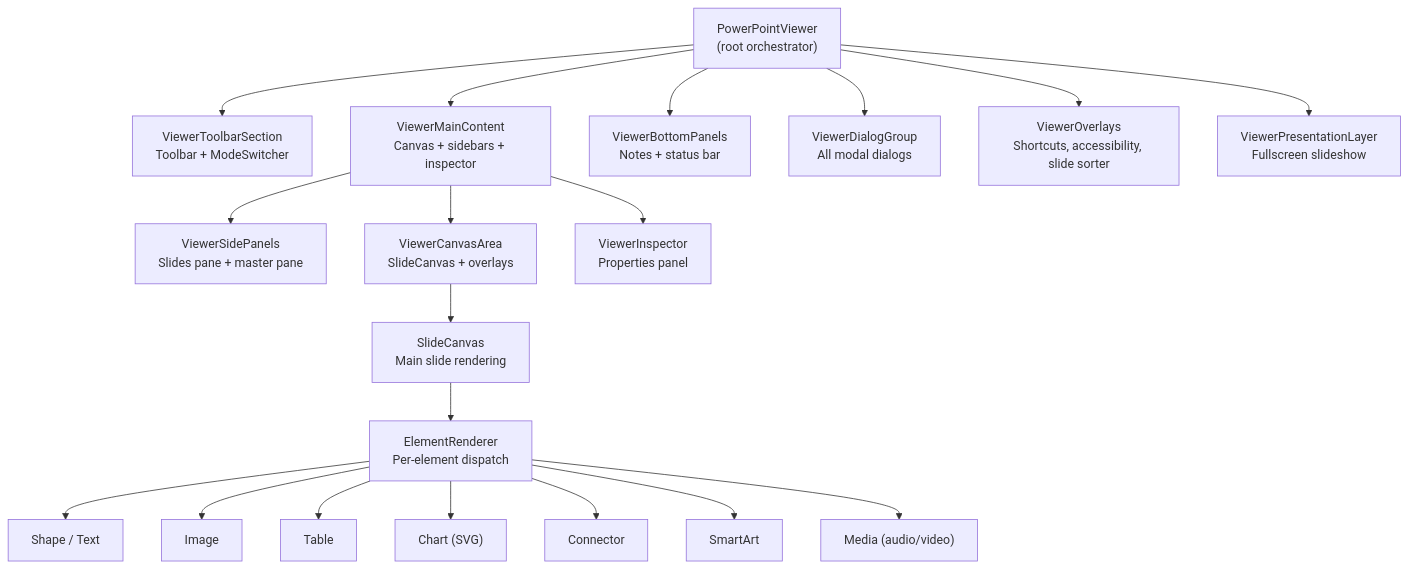
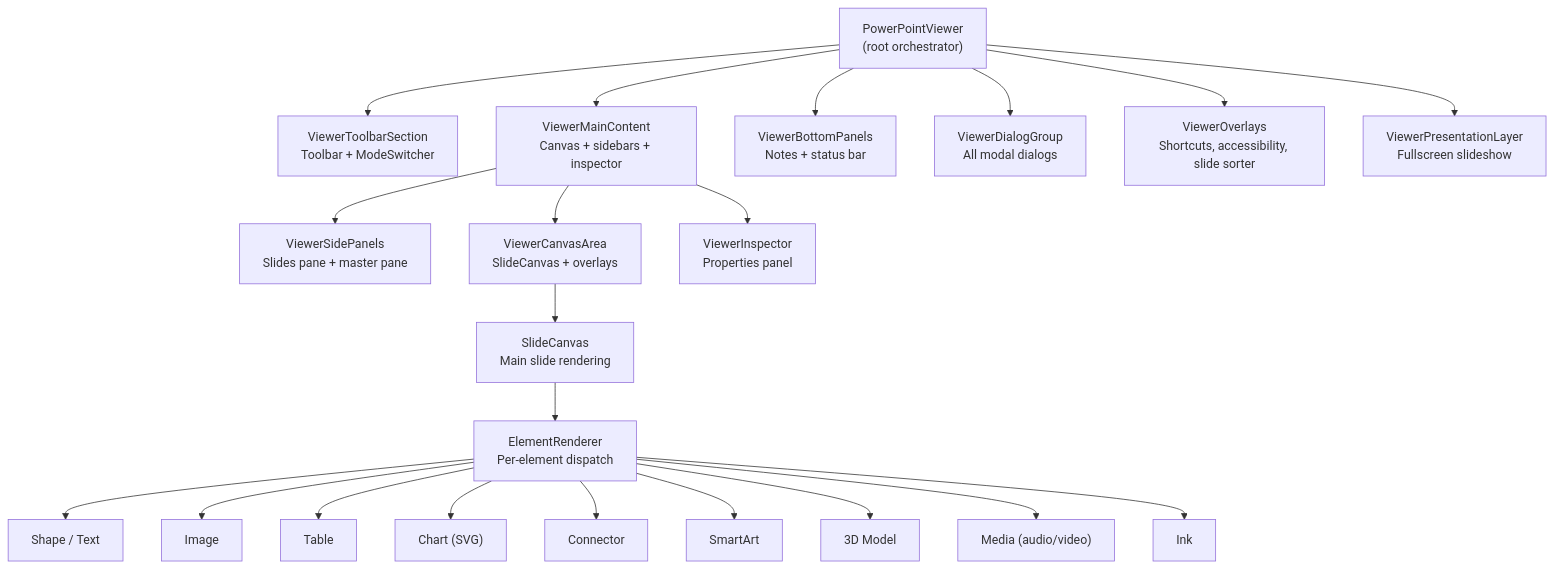
One commit to ChristopherVR/pptx-viewer changed the first of 8 diagrams in packages/react/README.md. Above: the diagram before and after it, drawn with Mermaid. The commit also changed other lines of this file and 21 other files, not shown here.

````diff
--- a/packages/react/README.md
+++ b/packages/react/README.md
@@ -293,25 +299,27 @@
 ```mermaid
 flowchart TB
     PPV["PowerPointViewer<br/>(root orchestrator)"]
 
     PPV --> VTS["ViewerToolbarSection<br/>Toolbar + ModeSwitcher"]
     PPV --> VMC["ViewerMainContent<br/>Canvas + sidebars + inspector"]
     PPV --> VBP["ViewerBottomPanels<br/>Notes + status bar"]
     PPV --> VDG["ViewerDialogGroup<br/>All modal dialogs"]
     PPV --> VO["ViewerOverlays<br/>Shortcuts, accessibility, slide sorter"]
     PPV --> VPL["ViewerPresentationLayer<br/>Fullscreen slideshow"]
 
     VMC --> VSP["ViewerSidePanels<br/>Slides pane + master pane"]
     VMC --> VCA["ViewerCanvasArea<br/>SlideCanvas + overlays"]
     VMC --> VI["ViewerInspector<br/>Properties panel"]
 
     VCA --> SC["SlideCanvas<br/>Main slide rendering"]
     SC --> ER["ElementRenderer<br/>Per-element dispatch"]
     ER --> SH["Shape / Text"]
     ER --> IM["Image"]
     ER --> TB["Table"]
     ER --> CH["Chart (SVG)"]
     ER --> CN["Connector"]
     ER --> SA["SmartArt"]
+    ER --> M3["3D Model"]
     ER --> MD["Media (audio/video)"]
+    ER --> IK["Ink"]
 ```
````
